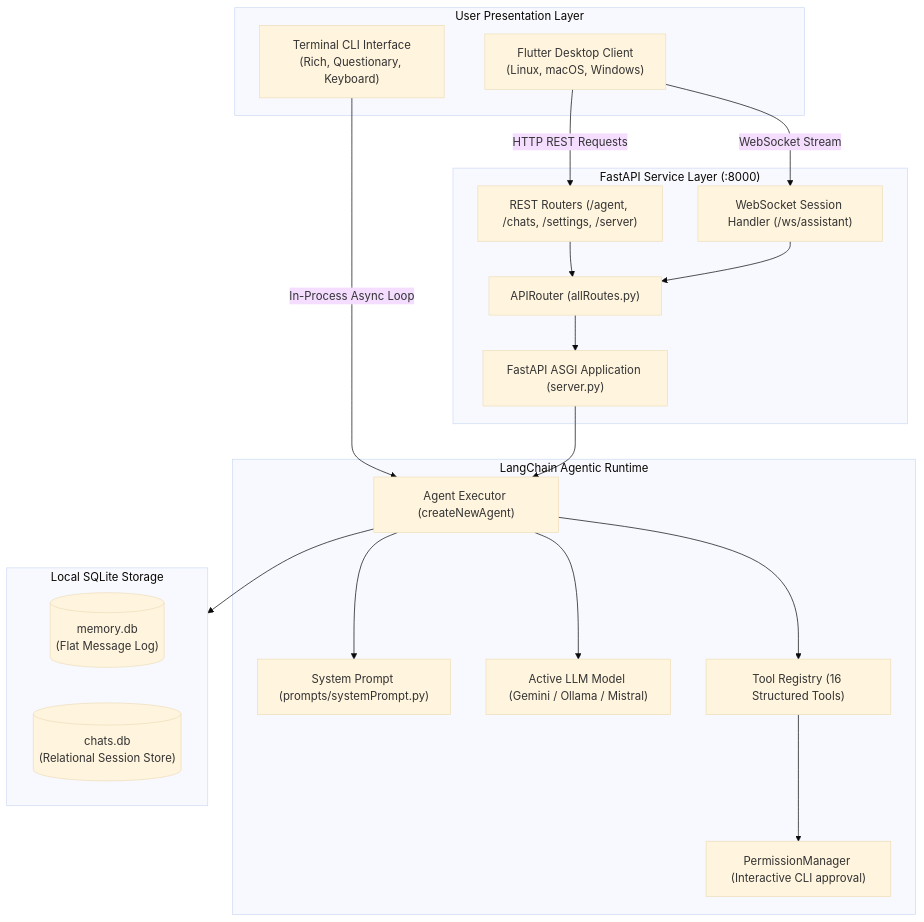
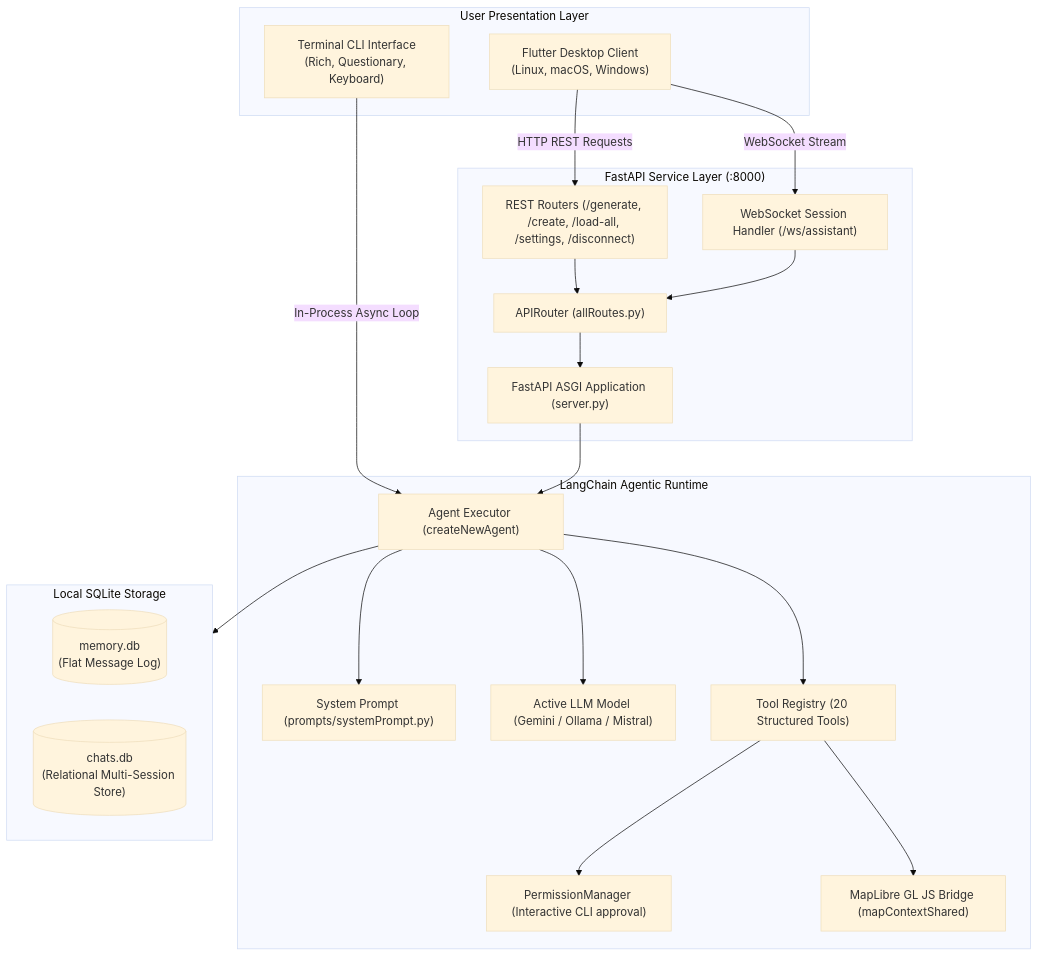
The first of 3 diagrams in docs/architecture.md (AurionSoftwaresDev/Galaxy-AI-Agent), drawn with Mermaid (base theme) before and after one commit. The commit also changed other lines of this file and 10 other files, not shown here.

````diff
--- a/docs/architecture.md
+++ b/docs/architecture.md
@@ -13,40 +13,42 @@
 ```mermaid
 graph TB
     subgraph UI_Layer["User Presentation Layer"]
         CLI["Terminal CLI Interface<br/>(Rich, Questionary, Keyboard)"]
         FlutterApp["Flutter Desktop Client<br/>(Linux, macOS, Windows)"]
     end
 
     subgraph Service_Layer["FastAPI Service Layer (:8000)"]
         FastAPIApp["FastAPI ASGI Application (server.py)"]
         Router["APIRouter (allRoutes.py)"]
         WSEndpoint["WebSocket Session Handler (/ws/assistant)"]
-        RESTEndpoints["REST Routers (/agent, /chats, /settings, /server)"]
+        RESTEndpoints["REST Routers (/generate, /create, /load-all, /settings, /disconnect)"]
     end
 
     subgraph Agent_Layer["LangChain Agentic Runtime"]
         AgentCore["Agent Executor (createNewAgent)"]
         SystemPrompt["System Prompt (prompts/systemPrompt.py)"]
         LLMProvider["Active LLM Model (Gemini / Ollama / Mistral)"]
-        ToolRegistry["Tool Registry (16 Structured Tools)"]
+        ToolRegistry["Tool Registry (20 Structured Tools)"]
         SecurityLayer["PermissionManager (Interactive CLI approval)"]
+        MapBridge["MapLibre GL JS Bridge (mapContextShared)"]
     end
 
     subgraph Storage_Layer["Local SQLite Storage"]
         MemDB[("memory.db<br/>(Flat Message Log)")]
-        ChatDB[("chats.db<br/>(Relational Session Store)")]
+        ChatDB[("chats.db<br/>(Relational Multi-Session Store)")]
     end
 
     CLI -->|In-Process Async Loop| AgentCore
     FlutterApp -->|HTTP REST Requests| RESTEndpoints
     FlutterApp -->|WebSocket Stream| WSEndpoint
     RESTEndpoints --> Router
     WSEndpoint --> Router
     Router --> FastAPIApp
     FastAPIApp --> AgentCore
     AgentCore --> SystemPrompt
     AgentCore --> LLMProvider
     AgentCore --> ToolRegistry
     ToolRegistry --> SecurityLayer
+    ToolRegistry --> MapBridge
     AgentCore --> Storage_Layer
 ```
````
